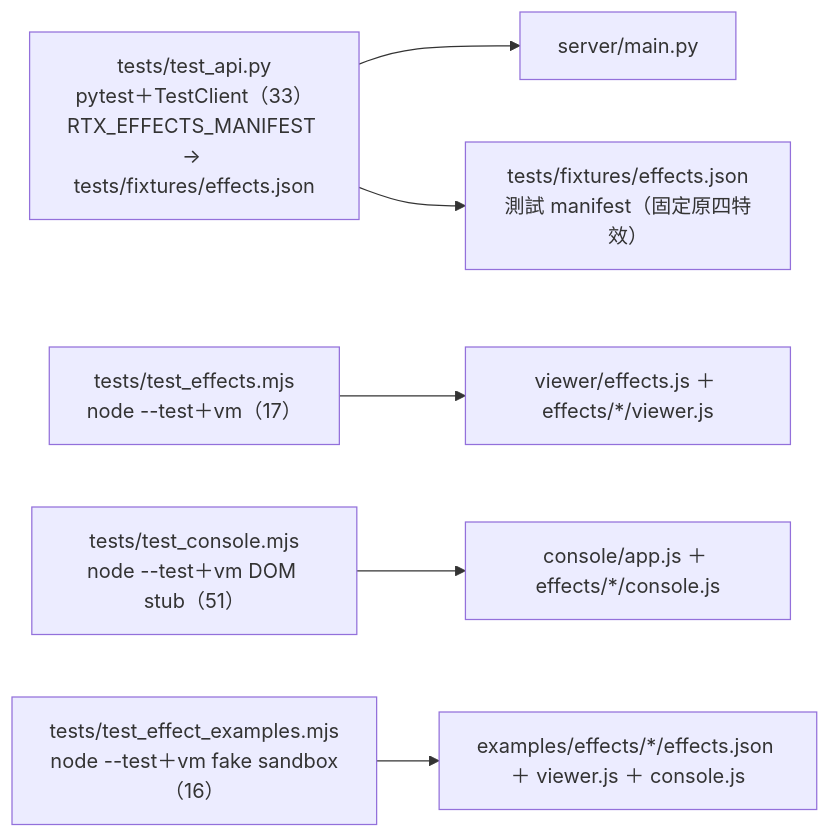
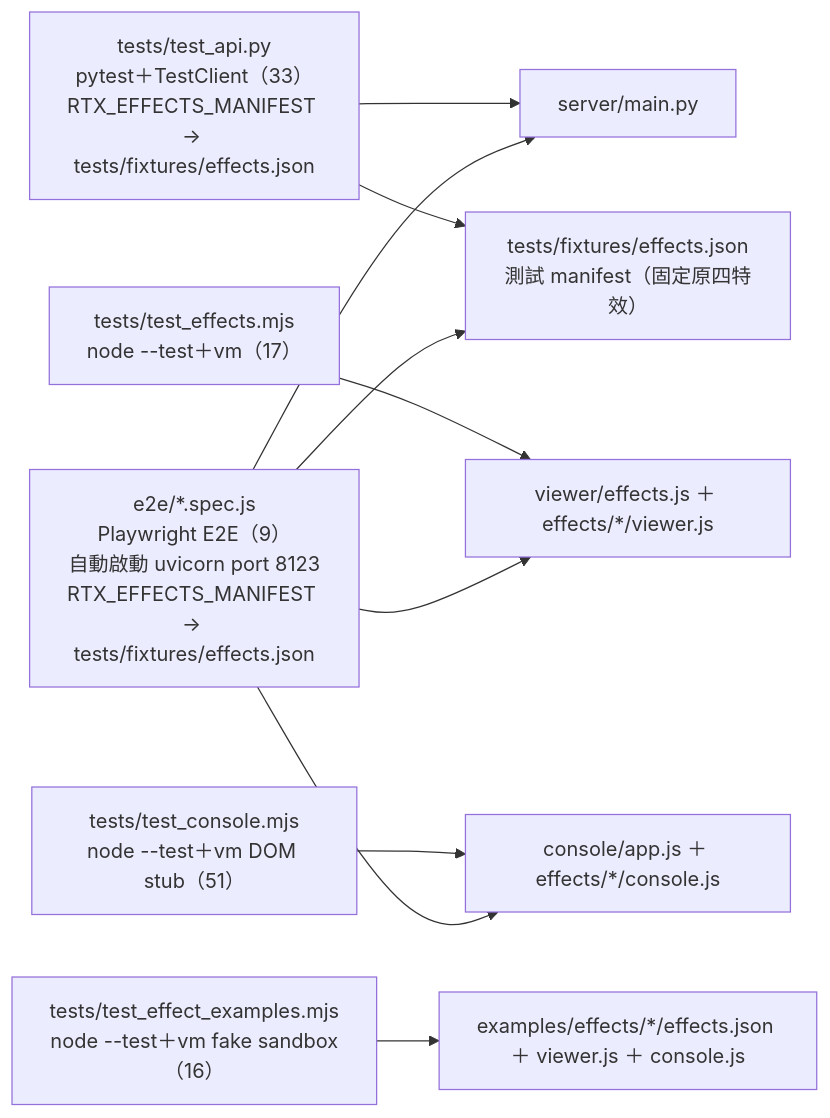
The sixth of 6 diagrams in docs/agents/CALL_GRAPH.md (zivngit/Real-time-Interaction-html), drawn with Mermaid before and after one commit. The commit also changed other lines of this file and 11 other files, not shown here.

````diff
--- a/docs/agents/CALL_GRAPH.md
+++ b/docs/agents/CALL_GRAPH.md
@@ -234,9 +234,13 @@
 ```mermaid
 flowchart LR
     TF["tests/fixtures/effects.json<br/>測試 manifest（固定原四特效）"]
     TA["tests/test_api.py<br/>pytest＋TestClient（33）<br/>RTX_EFFECTS_MANIFEST → tests/fixtures/effects.json"] --> M["server/main.py"]
     TA --> TF
     TE["tests/test_effects.mjs<br/>node --test＋vm（17）"] --> S["viewer/effects.js ＋ effects/*/viewer.js"]
     TC["tests/test_console.mjs<br/>node --test＋vm DOM stub（51）"] --> K["console/app.js ＋ effects/*/console.js"]
     TX["tests/test_effect_examples.mjs<br/>node --test＋vm fake sandbox（16）"] --> X["examples/effects/*/effects.json ＋ viewer.js ＋ console.js"]
+    TP["e2e/*.spec.js<br/>Playwright E2E（9）<br/>自動啟動 uvicorn port 8123<br/>RTX_EFFECTS_MANIFEST → tests/fixtures/effects.json"] --> M
+    TP --> K
+    TP --> S
+    TP --> TF
 ```
````
